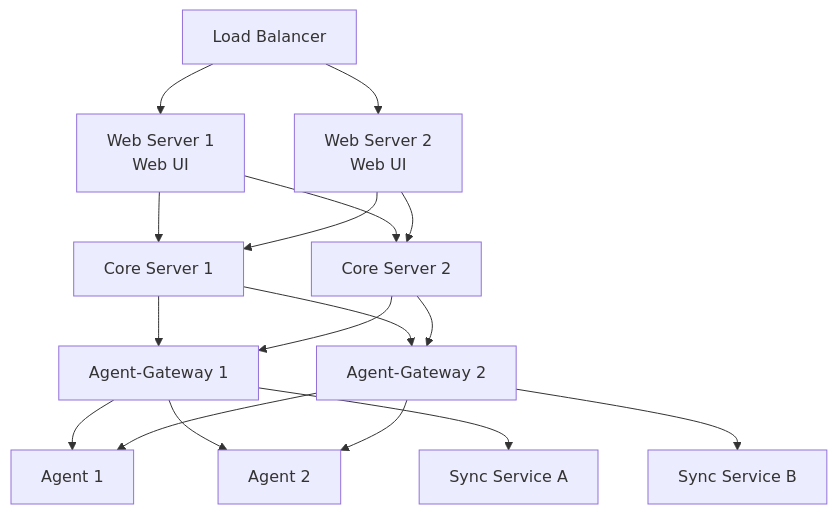
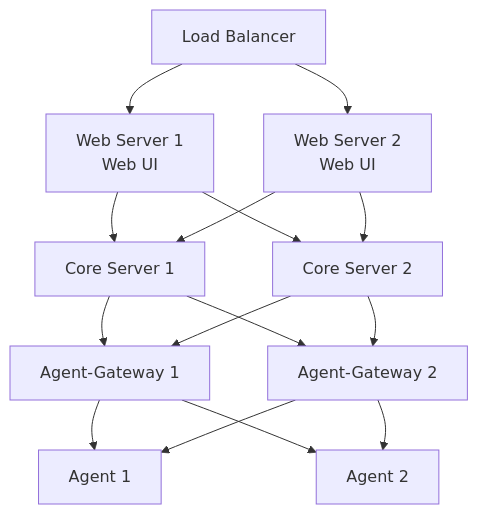
Before and after one commit to carverauto/serviceradar: the seventh of 7 diagrams in docs/docs/architecture.md, drawn with Mermaid. The commit also changed other lines of this file and 21 other files, not shown here.

````diff
--- a/docs/docs/architecture.md
+++ b/docs/docs/architecture.md
@@ -376,19 +374,17 @@
 ```mermaid
 graph TD
     LB[Load Balancer] --> WebServer1[Web Server 1<br/>Web UI]
     LB --> WebServer2[Web Server 2<br/>Web UI]
     WebServer1 --> CoreServer1[Core Server 1]
     WebServer2 --> CoreServer1
     WebServer1 --> CoreServer2[Core Server 2]
     WebServer2 --> CoreServer2
     CoreServer1 --> Gateway1[Agent-Gateway 1]
     CoreServer2 --> Gateway1
     CoreServer1 --> Gateway2[Agent-Gateway 2]
     CoreServer2 --> Gateway2
     Gateway1 --> Agent1[Agent 1]
     Gateway1 --> Agent2[Agent 2]
     Gateway2 --> Agent1
     Gateway2 --> Agent2
-    Gateway1 --> SyncA[Sync Service A]
-    Gateway2 --> SyncB[Sync Service B]
 ```
````
